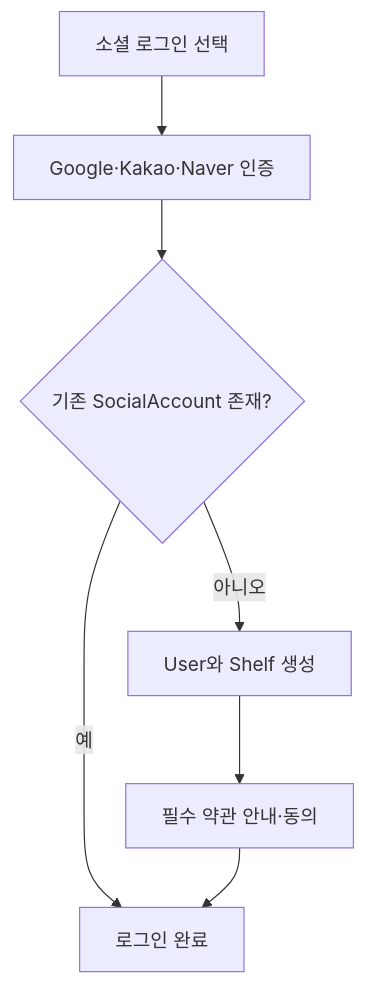
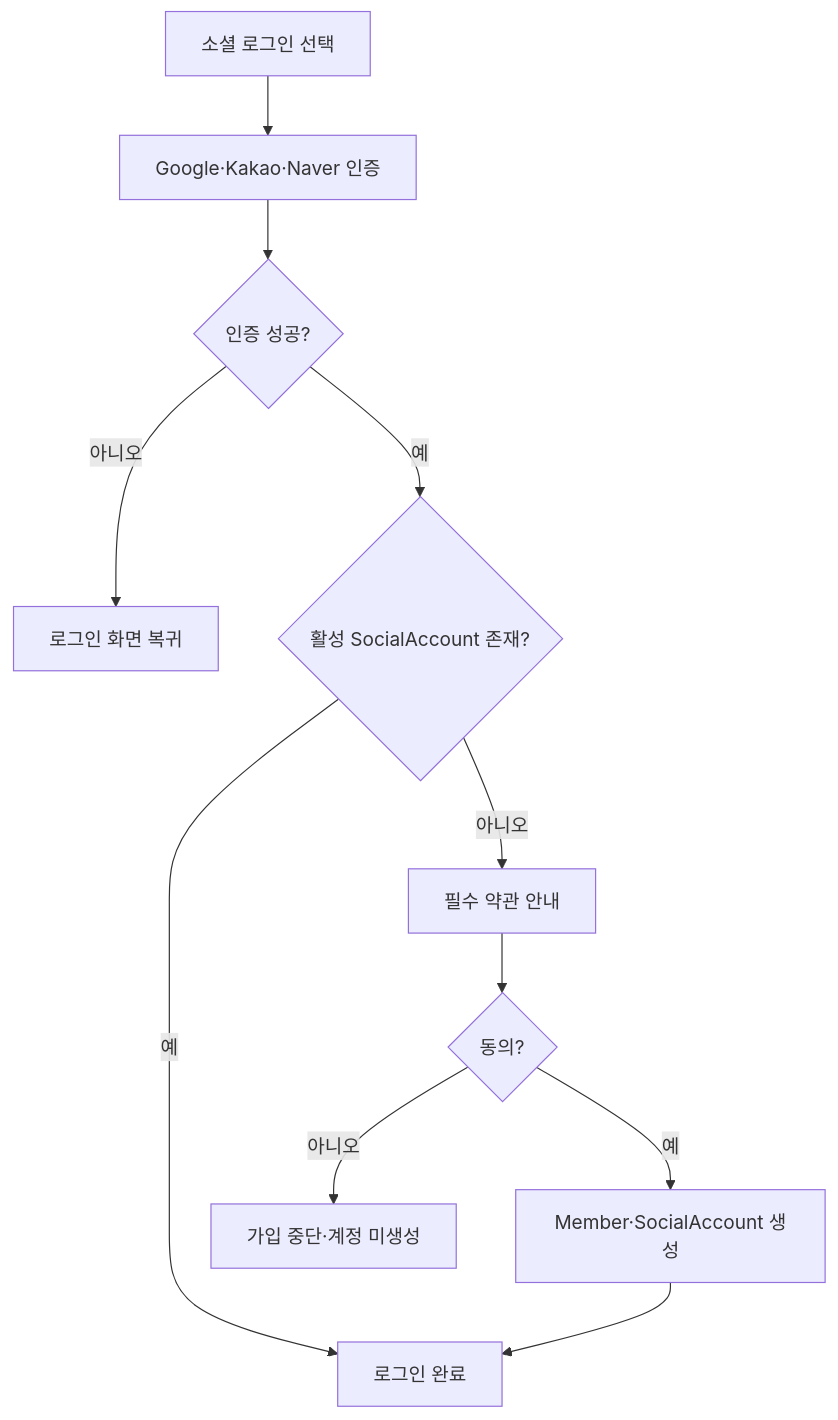
One commit to Team-PinLog/docs changed the first of 12 diagrams in draft/09_유저플로우.md. Above: the diagram before and after it, drawn with Mermaid. The commit also changed other lines of this file and 2 other files, not shown here.

Commit message:
1차 유저플로우 수정

````diff
--- a/draft/09_유저플로우.md
+++ b/draft/09_유저플로우.md
@@ -5,9 +17,13 @@
 ```mermaid
 flowchart TD
     A[소셜 로그인 선택] --> B[Google·Kakao·Naver 인증]
-    B --> C{기존 SocialAccount 존재?}
-    C -- 예 --> D[로그인 완료]
-    C -- 아니오 --> E[User와 Shelf 생성]
-    E --> F[필수 약관 안내·동의]
-    F --> D
+    B --> C{인증 성공?}
+    C -- 아니오 --> D[로그인 화면 복귀]
+    C -- 예 --> E{활성 SocialAccount 존재?}
+    E -- 예 --> F[로그인 완료]
+    E -- 아니오 --> G[필수 약관 안내]
+    G --> H{동의?}
+    H -- 아니오 --> I[가입 중단·계정 미생성]
+    H -- 예 --> J[Member·SocialAccount 생성]
+    J --> F
 ```
````
